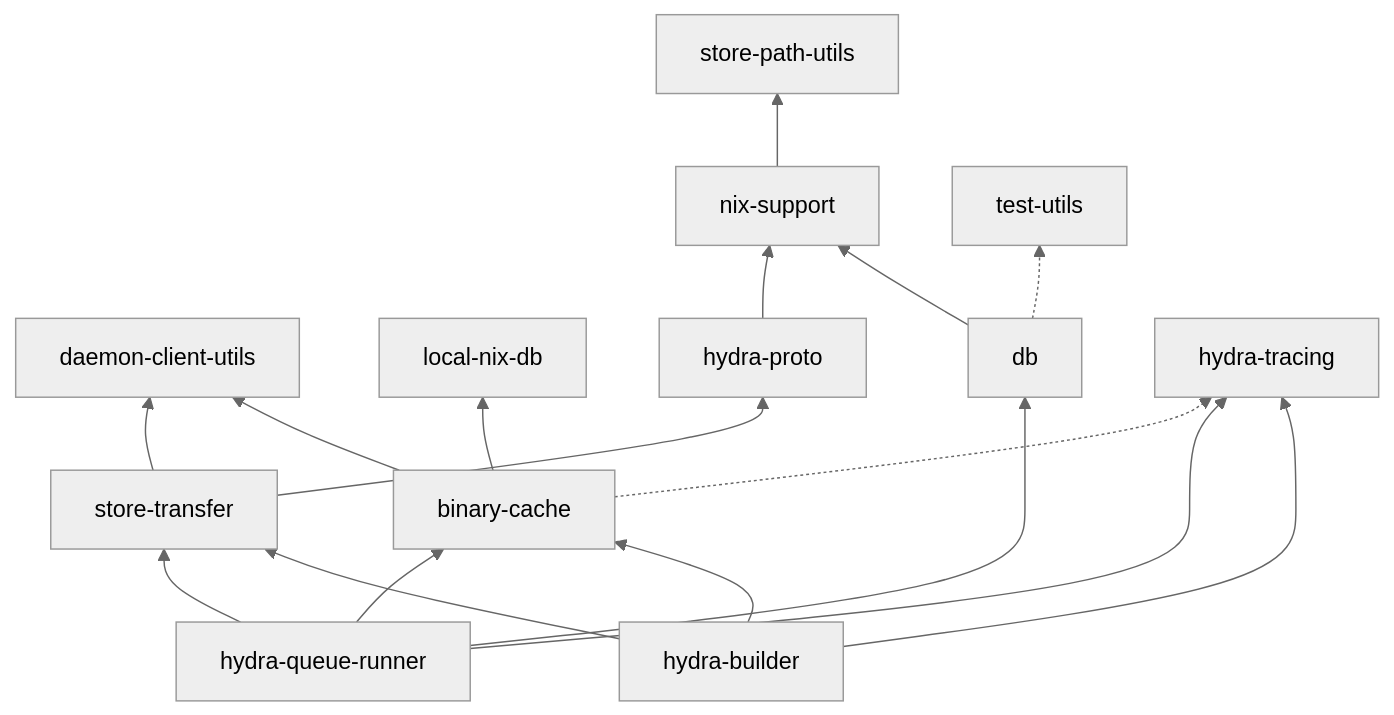
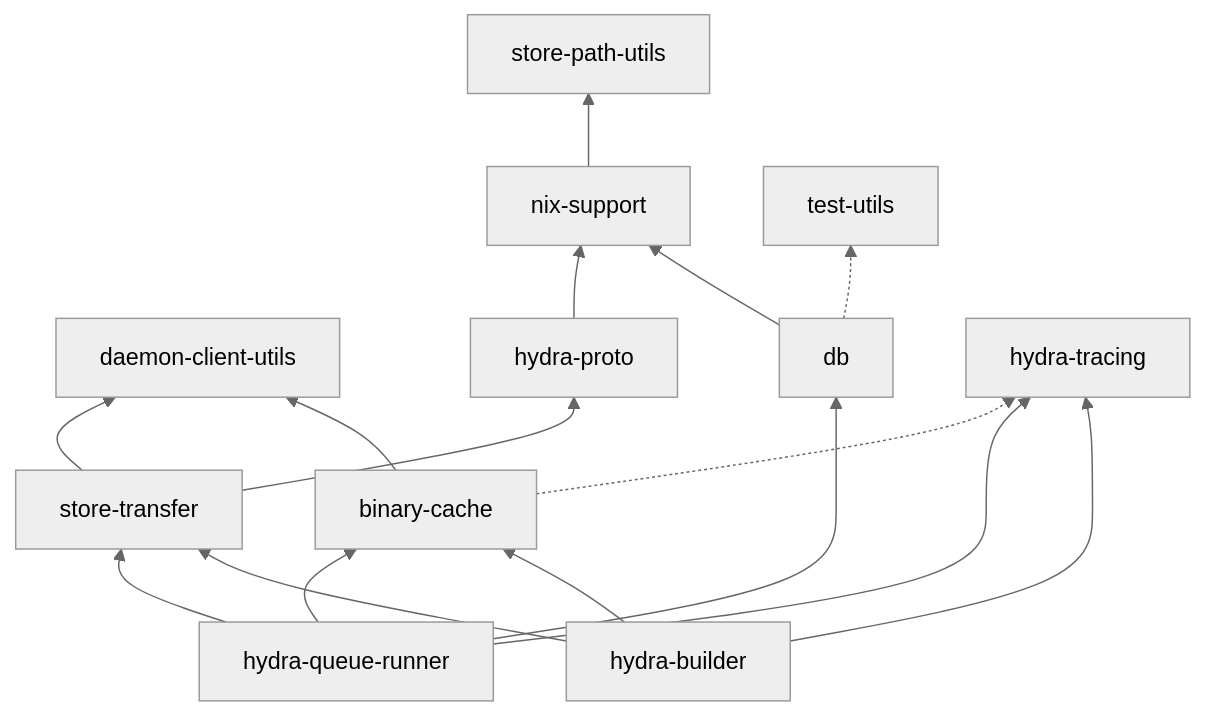
The diagram in subprojects/hydra-manual/src/architecture.md (NixOS/hydra), drawn with Mermaid (neutral theme) before and after one commit. The commit also changed 18 other files, not shown here.

First line of the commit message:
queue-runner: read store metadata via the daemon and drop local-nix-db

````diff
--- a/subprojects/hydra-manual/src/architecture.md
+++ b/subprojects/hydra-manual/src/architecture.md
@@ -62,19 +62,18 @@
 ```mermaid
 graph BT
     binary-cache --> daemon-client-utils
-    binary-cache --> local-nix-db
     nix-support --> store-path-utils
     db --> nix-support
     hydra-proto --> nix-support
     store-transfer --> daemon-client-utils
     store-transfer --> hydra-proto
     hydra-builder --> binary-cache
     hydra-builder --> hydra-tracing
     hydra-builder --> store-transfer
     hydra-queue-runner --> binary-cache
     hydra-queue-runner --> db
     hydra-queue-runner --> hydra-tracing
     hydra-queue-runner --> store-transfer
     binary-cache -.-> hydra-tracing
     db -.-> test-utils
 ```
````
